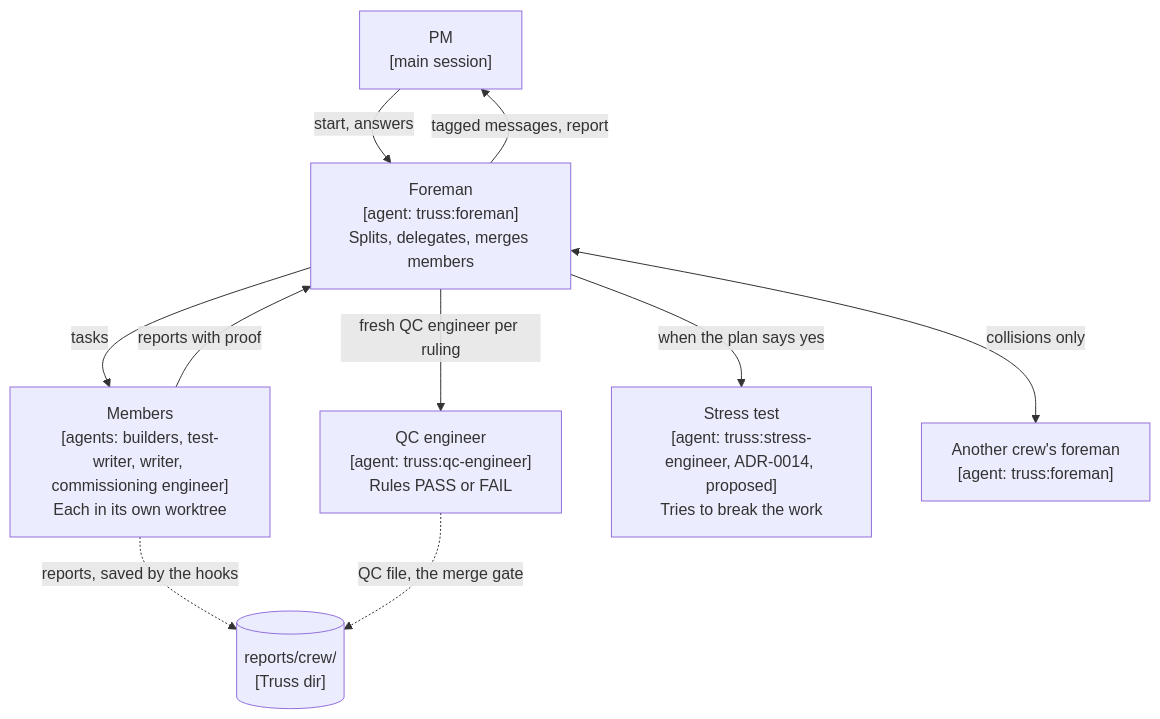
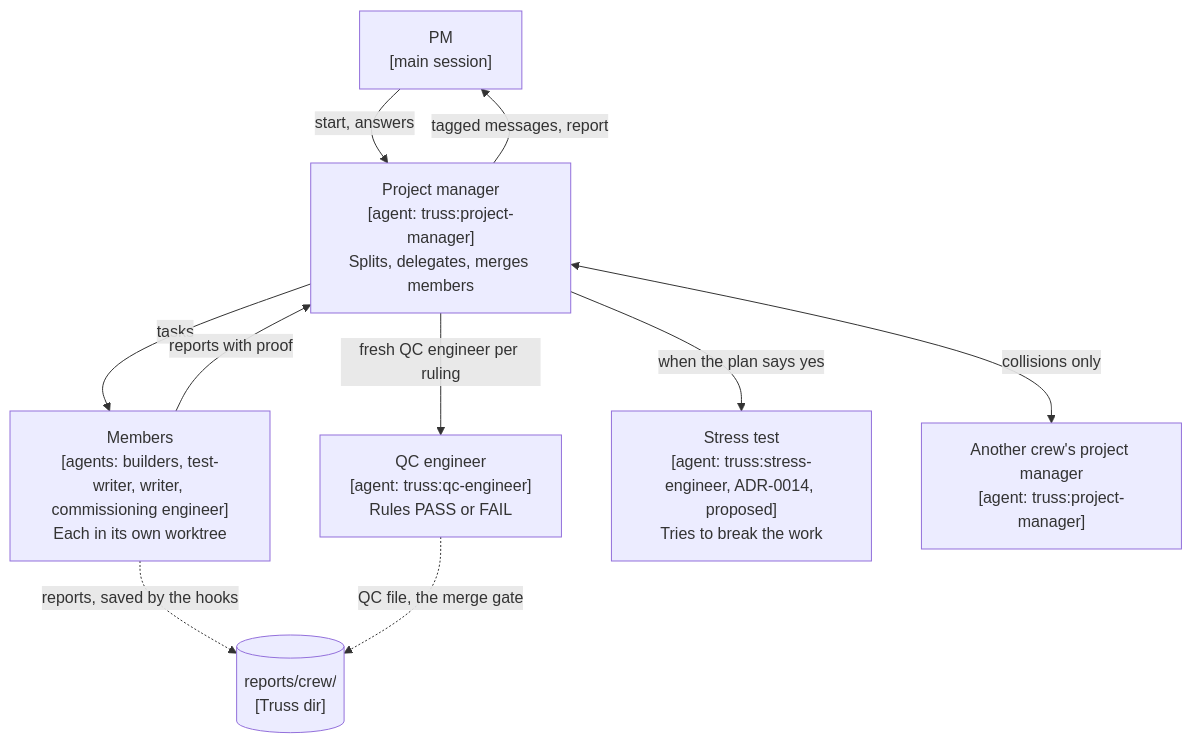
The fifth of 25 diagrams in plugins/truss/docs/architecture.md (AbhiramDwivedi/truss), drawn with Mermaid before and after one commit. The commit also changed other lines of this file and 48 other files, not shown here.

First line of the commit message:
docs(rename-docs): rename the crew lead to project manager in docs, ADRs and CHANGELOG; 0.27.0

````diff
--- a/plugins/truss/docs/architecture.md
+++ b/plugins/truss/docs/architecture.md
@@ -113,20 +153,20 @@
 ```mermaid
 flowchart TD
   PM["PM<br/>[main session]"]
-  foreman["Foreman<br/>[agent: truss:foreman]<br/>Splits, delegates, merges members"]
+  projmgr["Project manager<br/>[agent: truss:project-manager]<br/>Splits, delegates, merges members"]
   mem["Members<br/>[agents: builders, test-writer, writer, commissioning engineer]<br/>Each in its own worktree"]
   qc["QC engineer<br/>[agent: truss:qc-engineer]<br/>Rules PASS or FAIL"]
   red["Stress test<br/>[agent: truss:stress-engineer, ADR-0014, proposed]<br/>Tries to break the work"]
-  other["Another crew's foreman<br/>[agent: truss:foreman]"]
+  other["Another crew's project manager<br/>[agent: truss:project-manager]"]
   disk[("reports/crew/<br/>[Truss dir]")]
 
-  PM -->|"start, answers"| foreman
-  foreman -->|"tagged messages, report"| PM
-  foreman -->|"tasks"| mem
-  mem -->|"reports with proof"| foreman
-  foreman -->|"when the plan says yes"| red
-  foreman -->|"fresh QC engineer per ruling"| qc
-  foreman <-->|"collisions only"| other
+  PM -->|"start, answers"| projmgr
+  projmgr -->|"tagged messages, report"| PM
+  projmgr -->|"tasks"| mem
+  mem -->|"reports with proof"| projmgr
+  projmgr -->|"when the plan says yes"| red
+  projmgr -->|"fresh QC engineer per ruling"| qc
+  projmgr <-->|"collisions only"| other
   mem -.->|"reports, saved by the hooks"| disk
   qc -.->|"QC file, the merge gate"| disk
 ```
````
